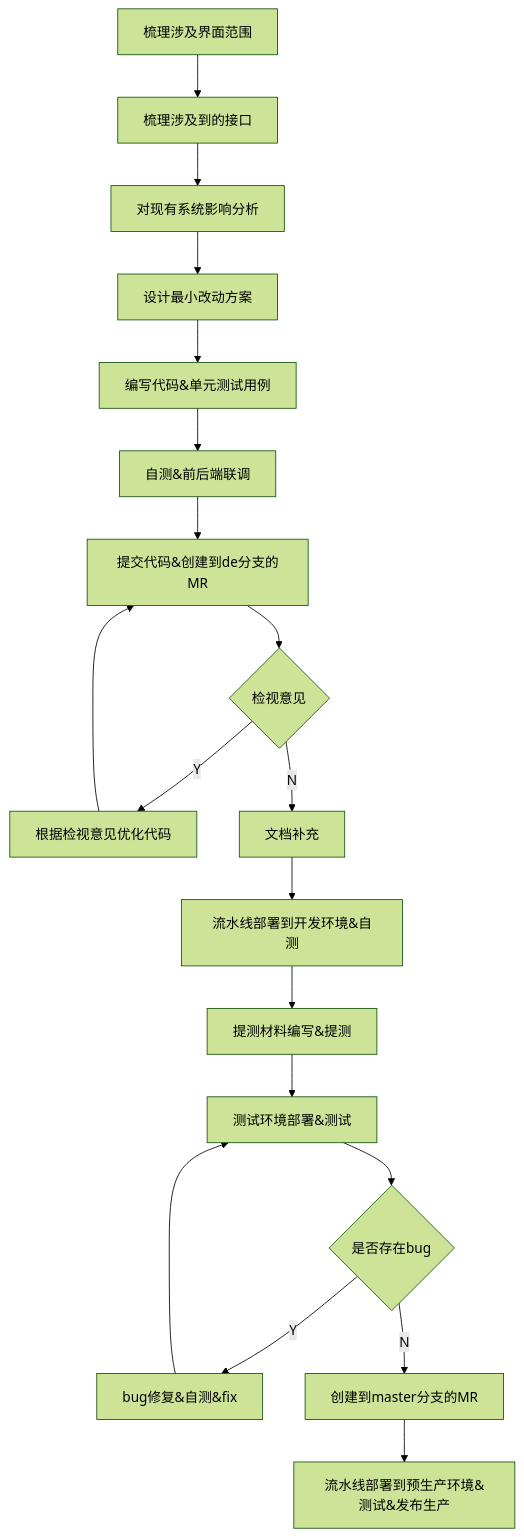
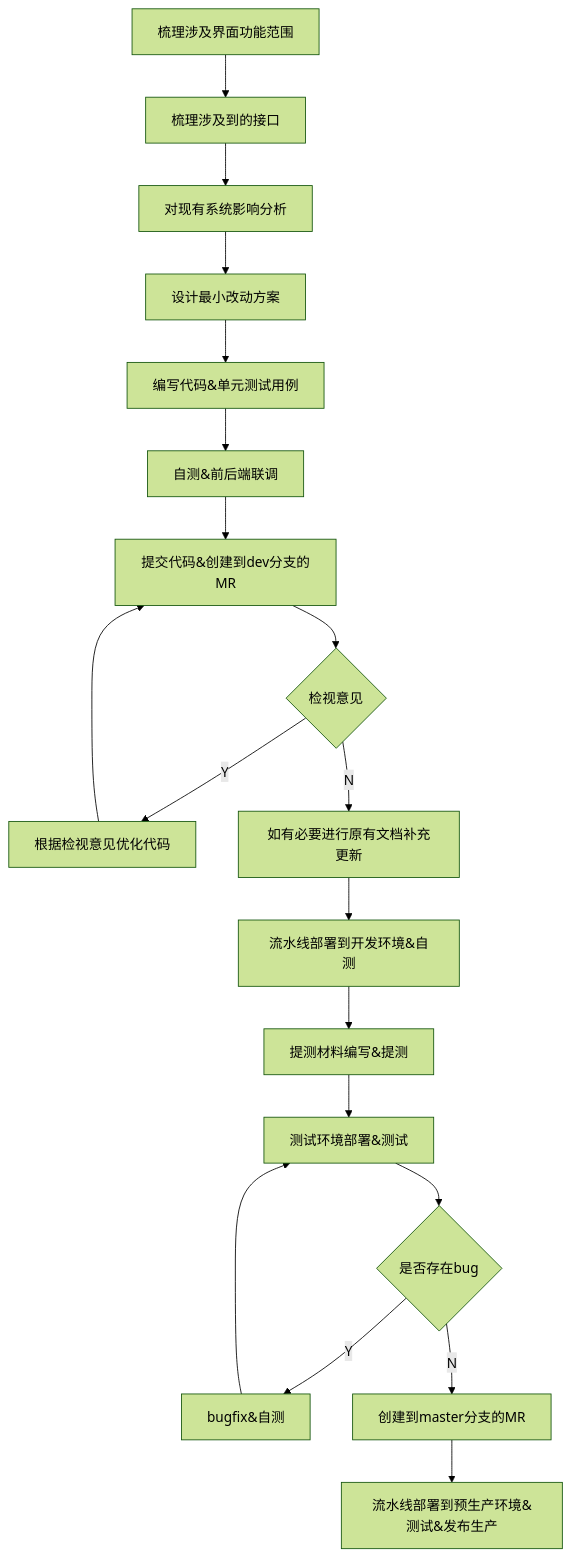
One commit to 0x00t0x7f/misc-notes changed the diagram in 开发流程.md. Above: the diagram before and after it, drawn with Mermaid (forest theme).

````diff
--- a/开发流程.md
+++ b/开发流程.md
@@ -2,24 +2,24 @@
 ```mermaid
 graph TD
-A[梳理涉及界面范围]
+A[梳理涉及界面功能范围]
 B[梳理涉及到的接口]
 C[对现有系统影响分析]
 D[设计最小改动方案]
 E[编写代码&单元测试用例]
 F[自测&前后端联调]
-G[提交代码&创建到de分支的MR]
+G[提交代码&创建到dev分支的MR]
 G1{检视意见}
 H[根据检视意见优化代码]
-I[文档补充]
+I[如有必要进行原有文档补充更新]
 J[流水线部署到开发环境&自测]
 K[提测材料编写&提测]
 K1[测试环境部署&测试]
 L{是否存在bug}
-M[bug修复&自测&fix]
+M[bugfix&自测]
 N[创建到master分支的MR]
 O[流水线部署到预生产环境&测试&发布生产]
 
 A-->B-->C-->D-->E-->F-->G-->G1-->|Y|H-->G
 G1-->|N|I-->J-->K-->K1-->L-->|N|N-->O
 L-->|Y|M-->K1
 ```
````
